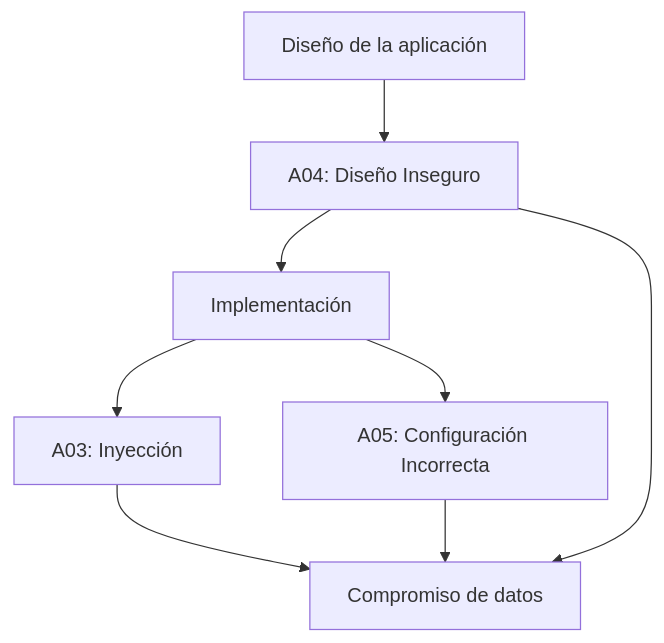
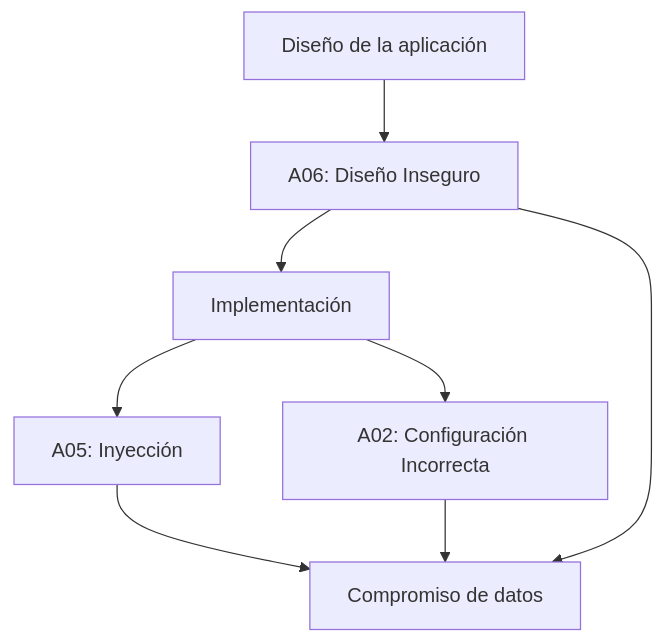
One commit to jaiderospina/DEVSECOPS2026_2 changed diagram 11 of 16 in Grupo2/README.md. Above: the diagram before and after it, drawn with Mermaid. The commit also changed other lines of this file, not shown here.

````diff
--- a/Grupo2/README.md
+++ b/Grupo2/README.md
@@ -523,11 +690,11 @@
 ```mermaid
 flowchart TD
-    A["Diseño de la aplicación"] --> B["A04: Diseño Inseguro"]
+    A["Diseño de la aplicación"] --> B["A06: Diseño Inseguro"]
     B --> C["Implementación"]
-    C --> D["A03: Inyección"]
-    C --> E["A05: Configuración Incorrecta"]
+    C --> D["A05: Inyección"]
+    C --> E["A02: Configuración Incorrecta"]
 
     D --> F["Compromiso de datos"]
     E --> F
     B --> F
 ```
````
